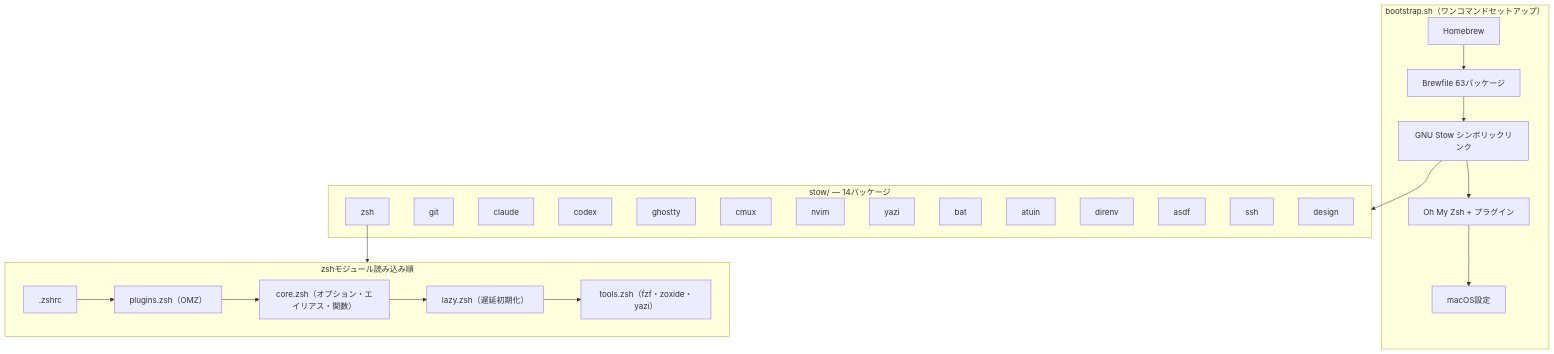
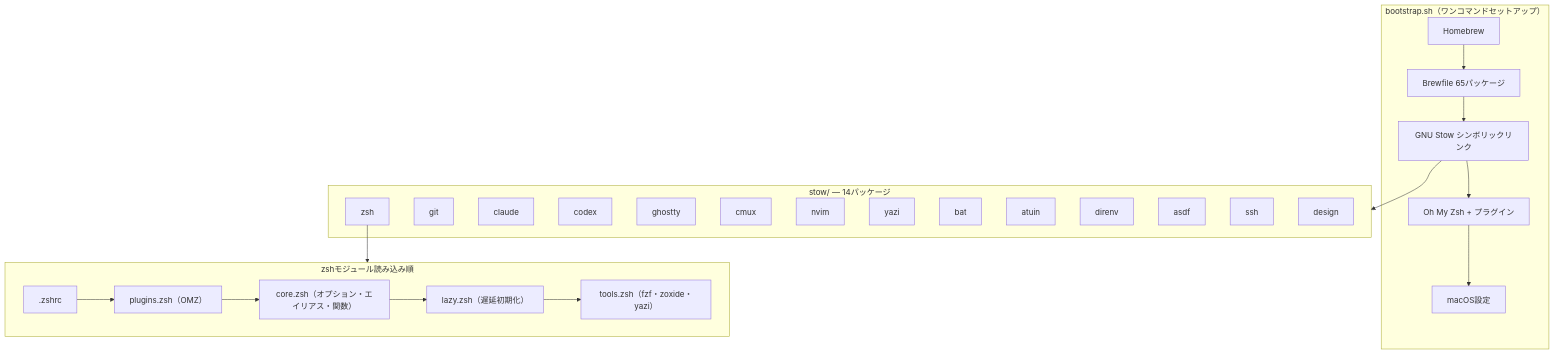
One commit to otake-shol/dotfiles changed the diagram in README.md. Above: the diagram before and after it, drawn with Mermaid. The commit also changed other lines of this file and 6 other files, not shown here.

````diff
--- a/README.md
+++ b/README.md
@@ -100,37 +110,37 @@
 ```mermaid
 graph TB
     subgraph bootstrap["bootstrap.sh（ワンコマンドセットアップ）"]
         B1[Homebrew]
-        B1 --> B2[Brewfile 63パッケージ]
+        B1 --> B2[Brewfile 65パッケージ]
         B2 --> B3[GNU Stow シンボリックリンク]
         B3 --> B4[Oh My Zsh + プラグイン]
         B4 --> B5[macOS設定]
     end
 
     subgraph stow["stow/ — 14パッケージ"]
         S1[zsh]
         S2[git]
         S3[claude]
         S4[codex]
         S5[ghostty]
         S6[cmux]
         S7[nvim]
         S8[yazi]
         S9[bat]
         S10[atuin]
         S11[direnv]
         S12[asdf]
         S13[ssh]
         S14[design]
     end
 
     subgraph shell["zshモジュール読み込み順"]
         Z1[".zshrc"] --> Z2["plugins.zsh（OMZ）"]
         Z2 --> Z3["core.zsh（オプション・エイリアス・関数）"]
         Z3 --> Z4["lazy.zsh（遅延初期化）"]
         Z4 --> Z5["tools.zsh（fzf・zoxide・yazi）"]
     end
 
     B3 --> stow
     S1 --> shell
 ```
````
